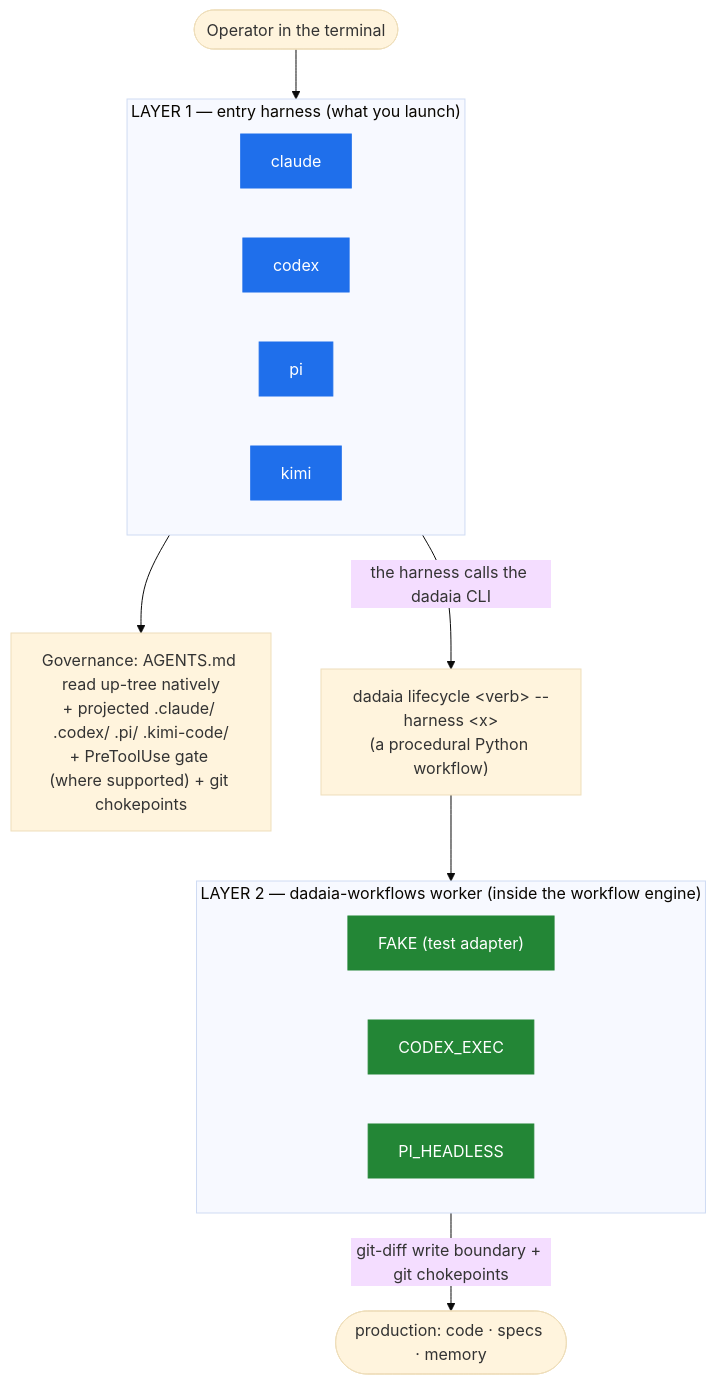
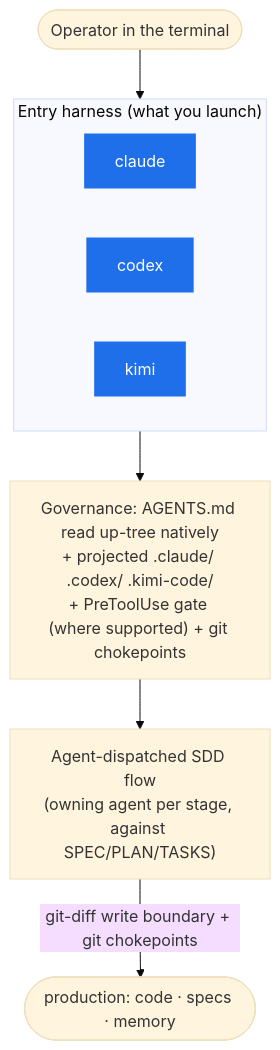
One commit to marcoaureliomenezes/dadaia-workspace changed the first of 2 diagrams in README.md. Above: the diagram before and after it, drawn with Mermaid (base theme). The commit also changed other lines of this file and 580 other files, not shown here.

First line of the commit message:
feat!: v0.3.0 — demolish the dadaia-workflows engine, de-flag public_assets, constitution 3.0.0 (#181)

````diff
--- a/README.md
+++ b/README.md
@@ -55,24 +60,15 @@
 ```mermaid
 flowchart TB
     OP(["Operator in the terminal"])
-    subgraph L1["LAYER 1 — entry harness (what you launch)"]
+    subgraph L1["Entry harness (what you launch)"]
         direction LR
         CC["claude"]:::h
         CX["codex"]:::h
-        PI["pi"]:::h
         KC["kimi"]:::h
     end
-    GOV["Governance: AGENTS.md read up-tree natively<br/>+ projected .claude/ .codex/ .pi/ .kimi-code/<br/>+ PreToolUse gate (where supported) + git chokepoints"]
-    CLI["dadaia lifecycle &lt;verb&gt; --harness &lt;x&gt;<br/>(a procedural Python workflow)"]
-    subgraph L2["LAYER 2 — dadaia-workflows worker (inside the workflow engine)"]
-        direction LR
-        FK["FAKE (test adapter)"]:::w
-        CXk["CODEX_EXEC"]:::w
-        PIk["PI_HEADLESS"]:::w
-    end
-    OP --> L1 --> GOV
-    L1 -->|"the harness calls the dadaia CLI"| CLI --> L2
-    L2 -->|"git-diff write boundary + git chokepoints"| OUT(["production: code · specs · memory"])
+    GOV["Governance: AGENTS.md read up-tree natively<br/>+ projected .claude/ .codex/ .kimi-code/<br/>+ PreToolUse gate (where supported) + git chokepoints"]
+    DISPATCH["Agent-dispatched SDD flow<br/>(owning agent per stage, against SPEC/PLAN/TASKS)"]
+    OP --> L1 --> GOV --> DISPATCH
+    DISPATCH -->|"git-diff write boundary + git chokepoints"| OUT(["production: code · specs · memory"])
     classDef h fill:#1f6feb,color:#fff,stroke:#1f6feb;
-    classDef w fill:#238636,color:#fff,stroke:#238636;
 ```
````
